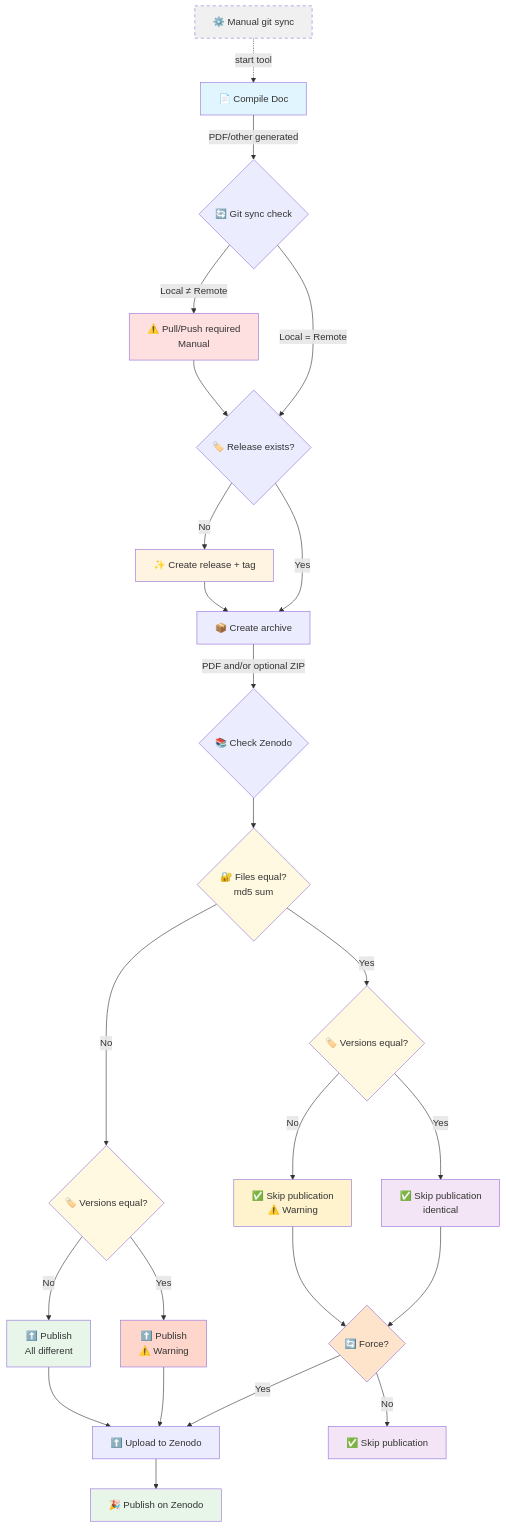
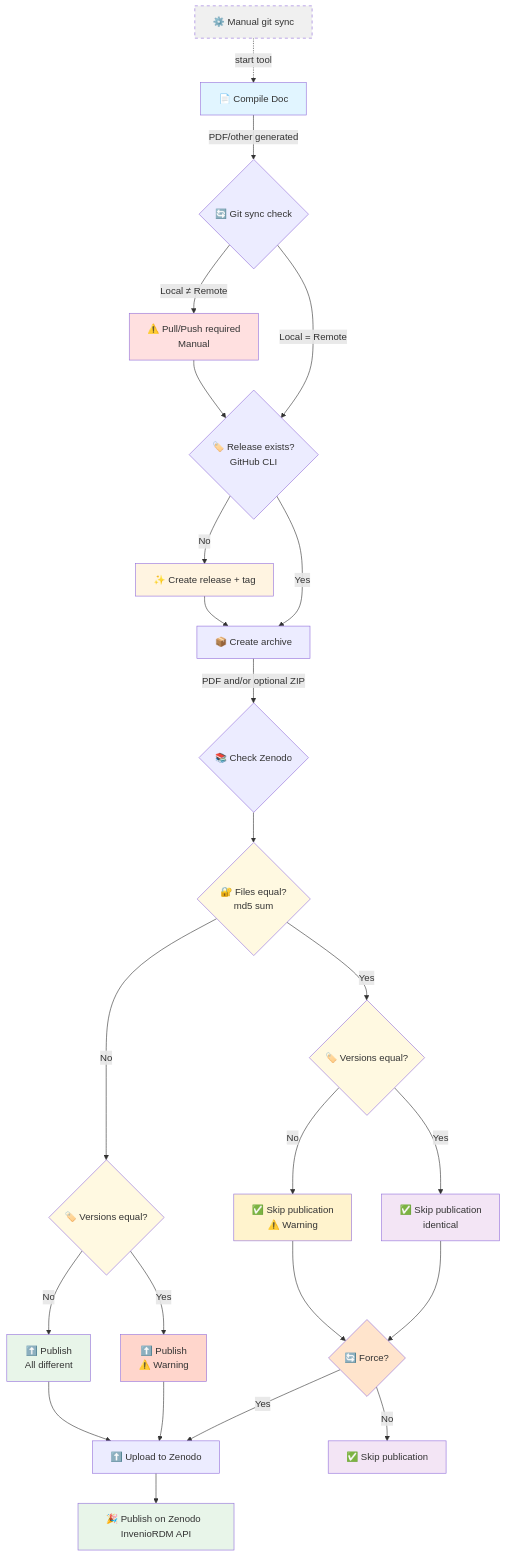
The diagram in README.md (weberBen/zenodo-publisher), drawn with Mermaid before and after one commit. The commit also changed other lines of this file, not shown here.

````diff
--- a/README.md
+++ b/README.md
@@ -20,41 +20,41 @@
 ```mermaid
 graph TD
     Z[⚙️ Manual git sync] -.->|start tool| A
     A[📄 Compile Doc] -->|PDF/other generated| B{🔄 Git sync check}
     B -->|Local ≠ Remote| C[⚠️ Pull/Push required <br/> Manual]
-    B -->|Local = Remote| D{🏷️ Release exists?}
+    B -->|Local = Remote| D{🏷️ Release exists? <br/> GitHub CLI}
     C --> D
     D -->|No| E[✨ Create release + tag]
     D -->|Yes| F[📦 Create archive]
     E --> F
     F -->|PDF and/or optional ZIP| G{📚 Check Zenodo}
     G --> H{🔐 Files equal? <br/> md5 sum}
     H -->|Yes| I{🏷️ Versions equal?}
     H -->|No| J{🏷️ Versions equal?}
     I -->|Yes| K[✅ Skip publication <br/> identical]
     I -->|No| L[✅ Skip publication <br/>⚠️ Warning]
     J -->|Yes| M[⬆️ Publish <br/>⚠️ Warning]
     J -->|No| N[⬆️ Publish <br/> All different]
     K --> O{🔄 Force?}
     L --> O
     O -->|Yes| P[⬆️ Upload to Zenodo]
     O -->|No| Q[✅ Skip publication]
     M --> P
     N --> P
-    P --> R[🎉 Publish on Zenodo]
+    P --> R[🎉 Publish on Zenodo <br\> InvenioRDM API]
     
     style Z fill:#f0f0f0,stroke-dasharray: 5 5
     style A fill:#e1f5ff
     style E fill:#fff4e1
     style R fill:#e8f5e9
     style Q fill:#f3e5f5
     style K fill:#f3e5f5
     style L fill:#fff3cd
     style C fill:#ffe0e0
     style H fill:#fff9e1
     style I fill:#fff9e1
     style J fill:#fff9e1
     style M fill:#ffd6cc
     style N fill:#e8f5e9
     style O fill:#ffe4cc
 ```
````
